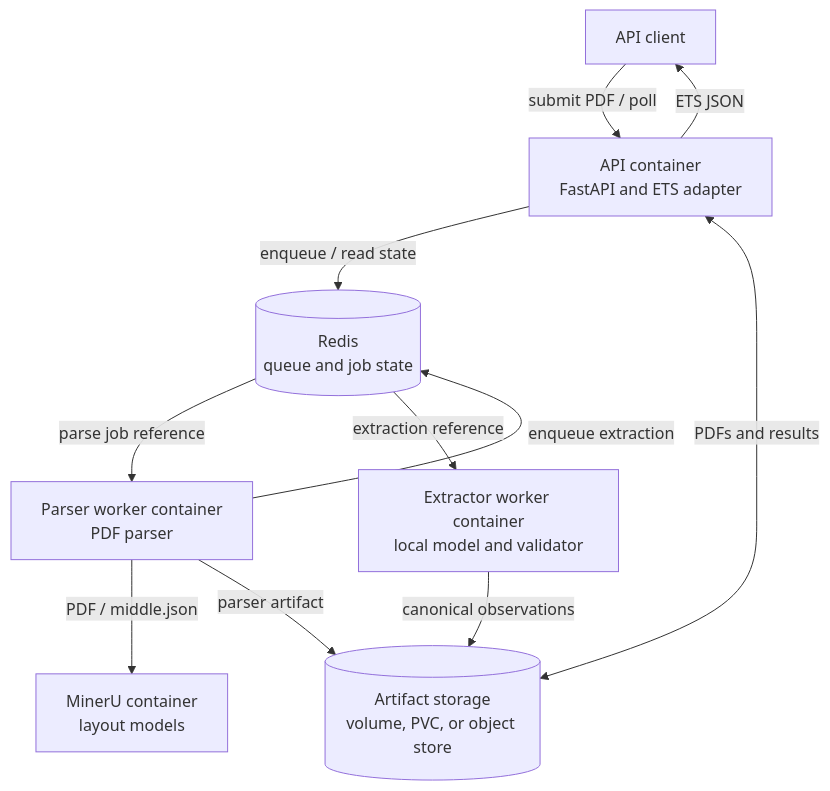
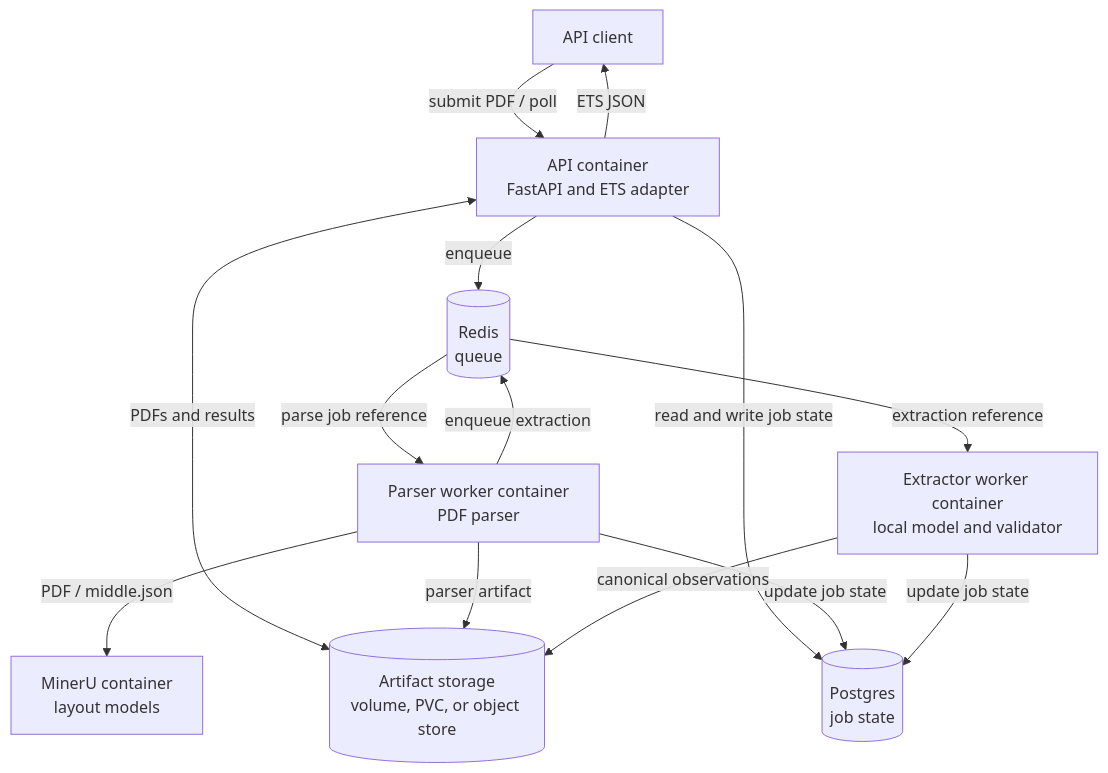
Before and after one commit to BioParser/BioParser: the first of 4 diagrams in docs/architecture.md, drawn with Mermaid. The commit also changed other lines of this file and 47 other files, not shown here.

````diff
--- a/docs/architecture.md
+++ b/docs/architecture.md
@@ -22,21 +22,25 @@
 ```mermaid
 flowchart TB
     Client[API client]
     API[API container<br/>FastAPI and ETS adapter]
-    Redis[(Redis<br/>queue and job state)]
+    Redis[(Redis<br/>queue)]
+    Postgres[(Postgres<br/>job state)]
     Store[(Artifact storage<br/>volume, PVC, or object store)]
     Parser[Parser worker container<br/>PDF parser]
     MinerU[MinerU container<br/>layout models]
     Extractor[Extractor worker container<br/>local model and validator]
 
     Client -->|submit PDF / poll| API
-    API -->|enqueue / read state| Redis
+    API -->|enqueue| Redis
+    API -->|read and write job state| Postgres
     API <-->|PDFs and results| Store
     Redis -->|parse job reference| Parser
     Parser -->|PDF / middle.json| MinerU
     Parser -->|parser artifact| Store
+    Parser -->|update job state| Postgres
     Parser -->|enqueue extraction| Redis
     Redis -->|extraction reference| Extractor
+    Extractor -->|update job state| Postgres
     Extractor -->|canonical observations| Store
     API -->|ETS JSON| Client
 ```
````
